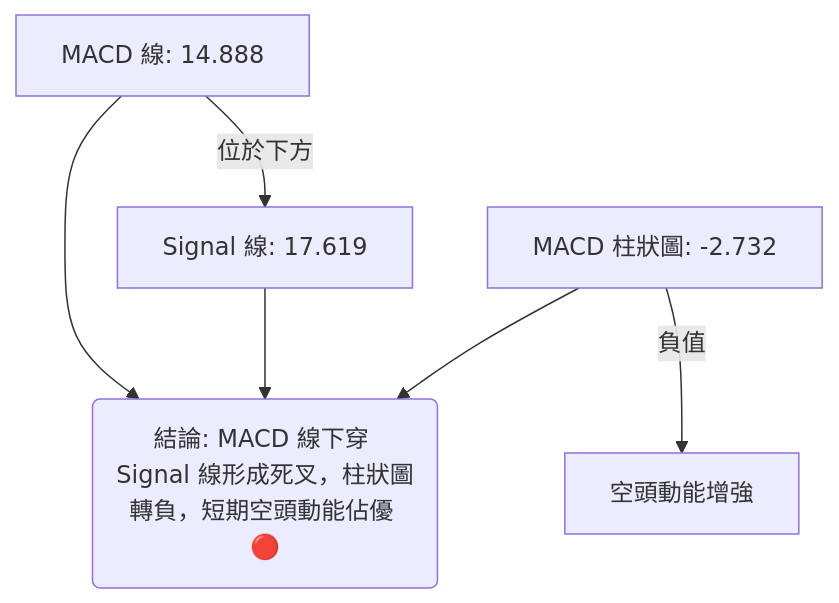
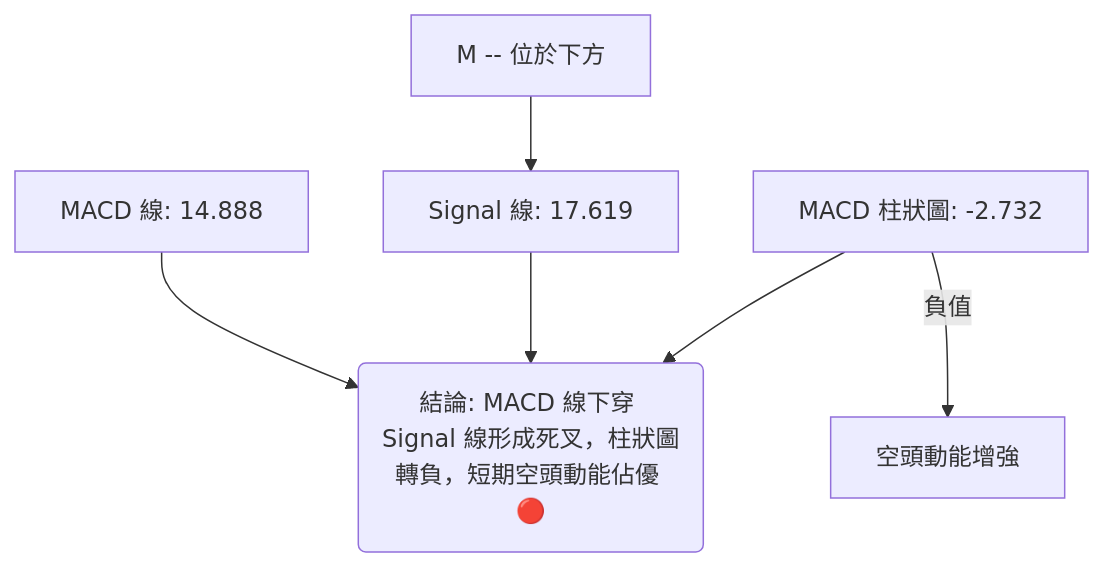
One commit to yennanliu/finance_data changed the eighth of 12 diagrams in ai_gen_report/stock/nbis/technical_analysis_2026-06-30_gemini.md. Above: the diagram before and after it, drawn with Mermaid. The commit also changed other lines of this file and 2258 other files, not shown here.

First line of the commit message:
chore: backfill Mermaid syntax repair across existing reports

````diff
--- a/ai_gen_report/stock/nbis/technical_analysis_2026-06-30_gemini.md
+++ b/ai_gen_report/stock/nbis/technical_analysis_2026-06-30_gemini.md
@@ -485,11 +485,11 @@
 ```mermaid
 graph TD
-    M[MACD 線: 14.888]
-    S[Signal 線: 17.619]
-    H[MACD 柱狀圖: -2.732]
+    M["MACD 線: 14.888"]
+    S["Signal 線: 17.619"]
+    H["MACD 柱狀圖: -2.732"]
 
-    M -- 位於下方 --> S
-    H -- 負值 --> K[空頭動能增強]
+    nb1["M -- 位於下方"] --> S
+    H -- 負值 --> K["空頭動能增強"]
 
-    M & S & H --> C(結論: MACD 線下穿 Signal 線形成死叉，柱狀圖轉負，短期空頭動能佔優 🔴)
+    M & S & H --> C("結論: MACD 線下穿 Signal 線形成死叉，柱狀圖轉負，短期空頭動能佔優 🔴")
 ```
````
